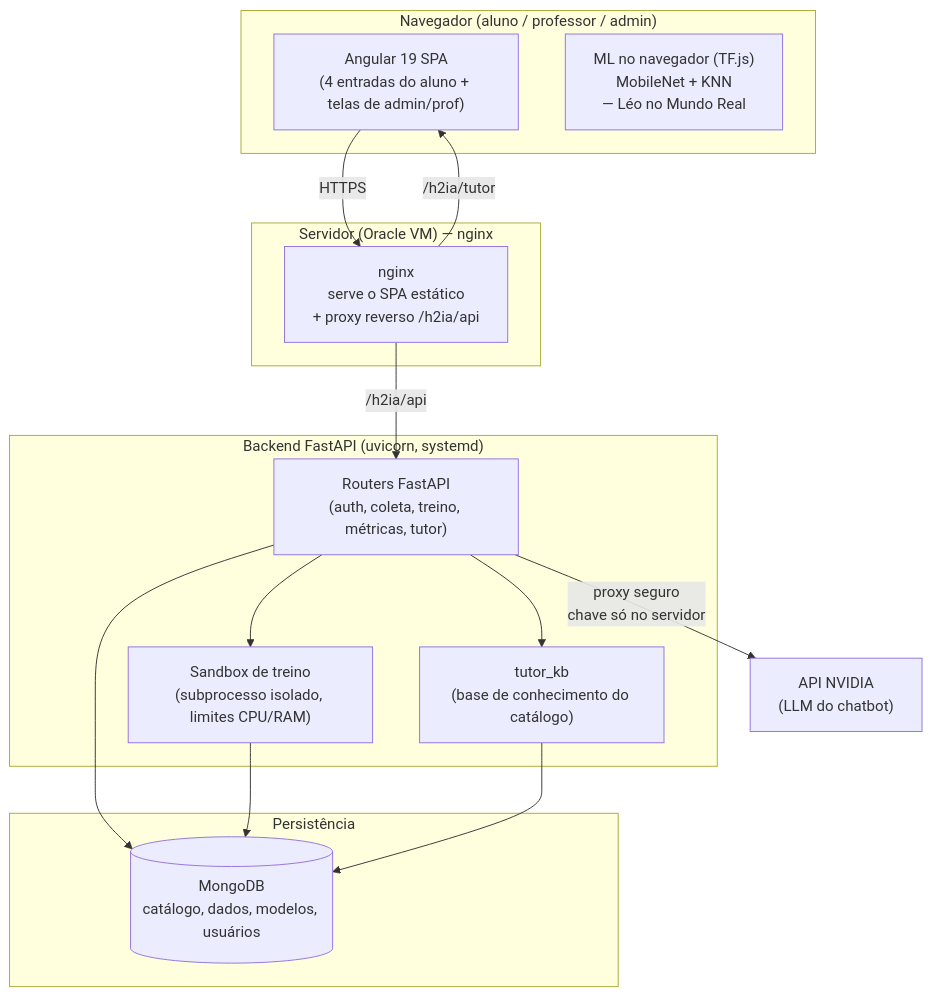
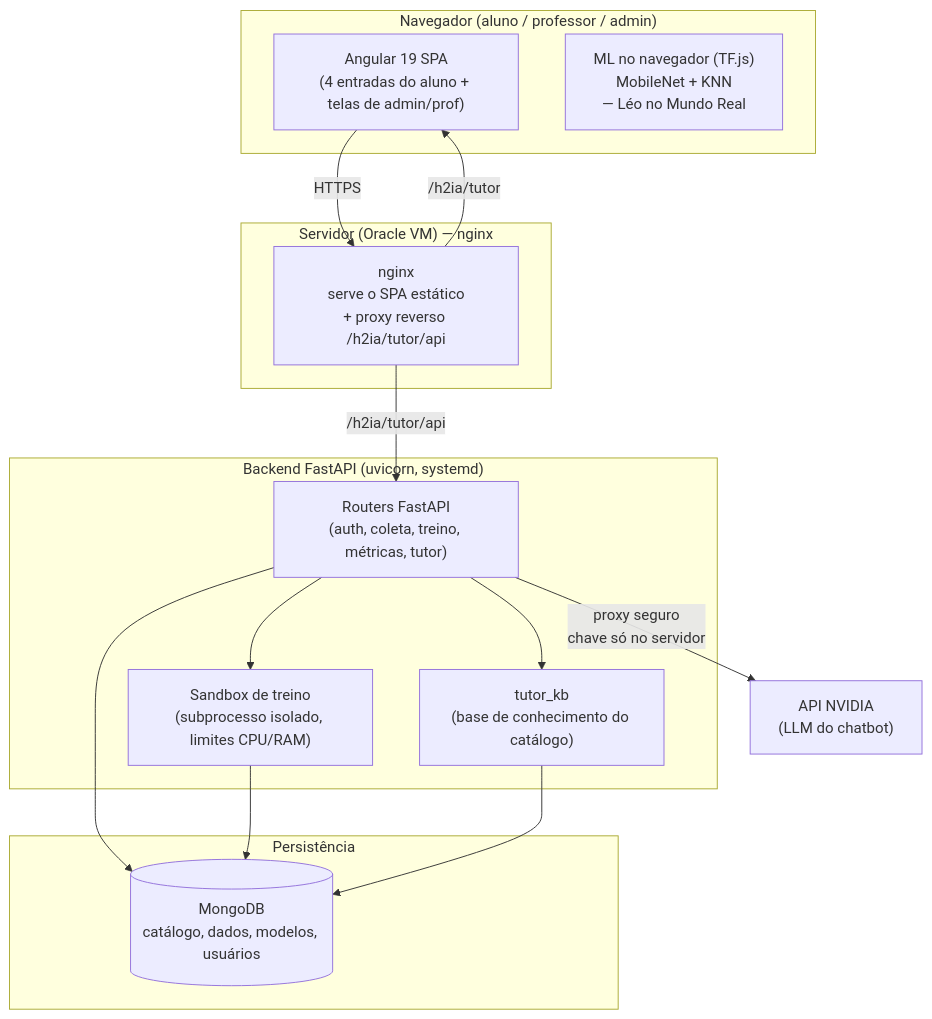
The first of 7 diagrams in docs/DOCUMENTACAO.md (IanaMary/ensinado-aprendizado-maquina-back), drawn with Mermaid before and after one commit. The commit also changed other lines of this file and 1 other file, not shown here.

Commit message:
docs: API sob /h2ia/tutor/api + entrada CHANGELOG do fix 404 (porta 8002)

````diff
--- a/docs/DOCUMENTACAO.md
+++ b/docs/DOCUMENTACAO.md
@@ -47,33 +47,33 @@
 ```mermaid
 flowchart TB
   subgraph Cliente["Navegador (aluno / professor / admin)"]
     SPA["Angular 19 SPA<br/>(4 entradas do aluno + telas de admin/prof)"]
     TFJS["ML no navegador (TF.js)<br/>MobileNet + KNN<br/>— Léo no Mundo Real"]
   end
 
   subgraph Edge["Servidor (Oracle VM) — nginx"]
-    NGINX["nginx<br/>serve o SPA estático<br/>+ proxy reverso /h2ia/api"]
+    NGINX["nginx<br/>serve o SPA estático<br/>+ proxy reverso /h2ia/tutor/api"]
   end
 
   subgraph App["Backend FastAPI (uvicorn, systemd)"]
     API["Routers FastAPI<br/>(auth, coleta, treino, métricas, tutor)"]
     SANDBOX["Sandbox de treino<br/>(subprocesso isolado, limites CPU/RAM)"]
     KB["tutor_kb<br/>(base de conhecimento do catálogo)"]
   end
 
   subgraph Dados["Persistência"]
     MONGO[("MongoDB<br/>catálogo, dados, modelos, usuários")]
   end
 
   NVIDIA["API NVIDIA<br/>(LLM do chatbot)"]
 
   SPA -->|HTTPS| NGINX
   NGINX -->|/h2ia/tutor| SPA
-  NGINX -->|/h2ia/api| API
+  NGINX -->|/h2ia/tutor/api| API
   API --> MONGO
   API --> SANDBOX
   SANDBOX --> MONGO
   API --> KB
   KB --> MONGO
   API -->|proxy seguro<br/>chave só no servidor| NVIDIA
 ```
````
